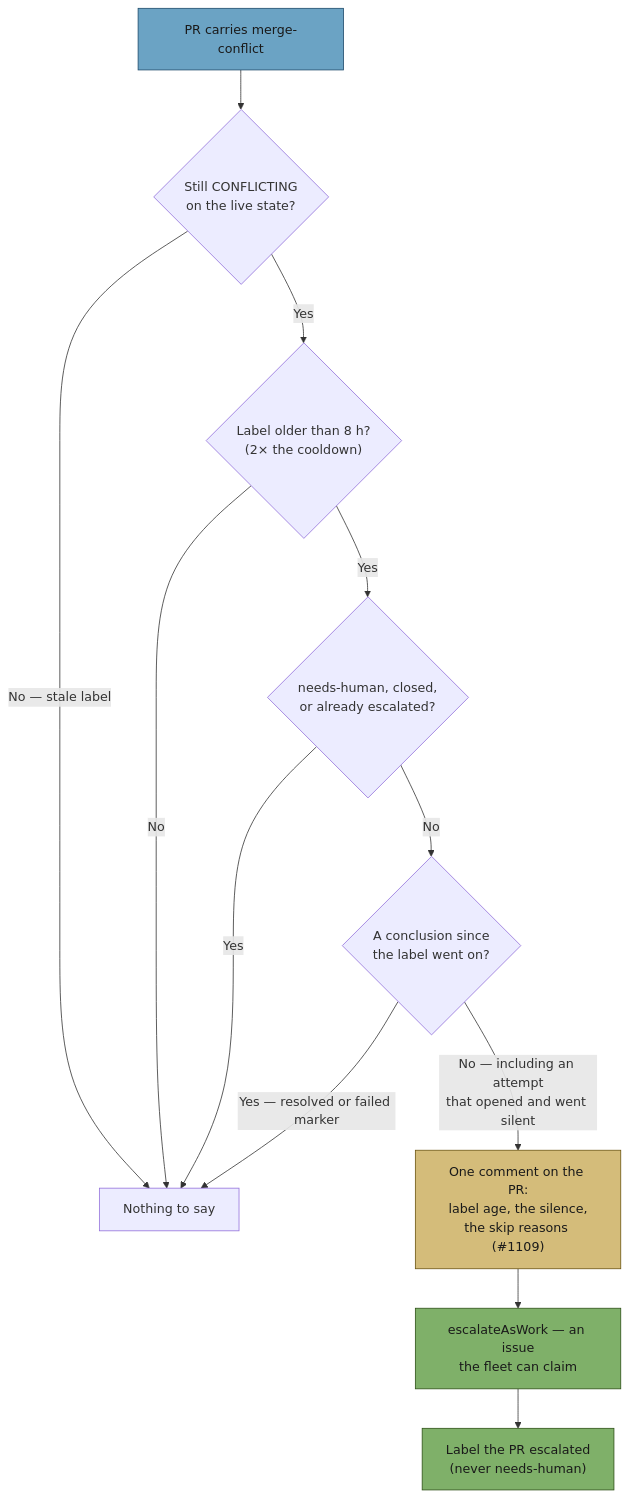
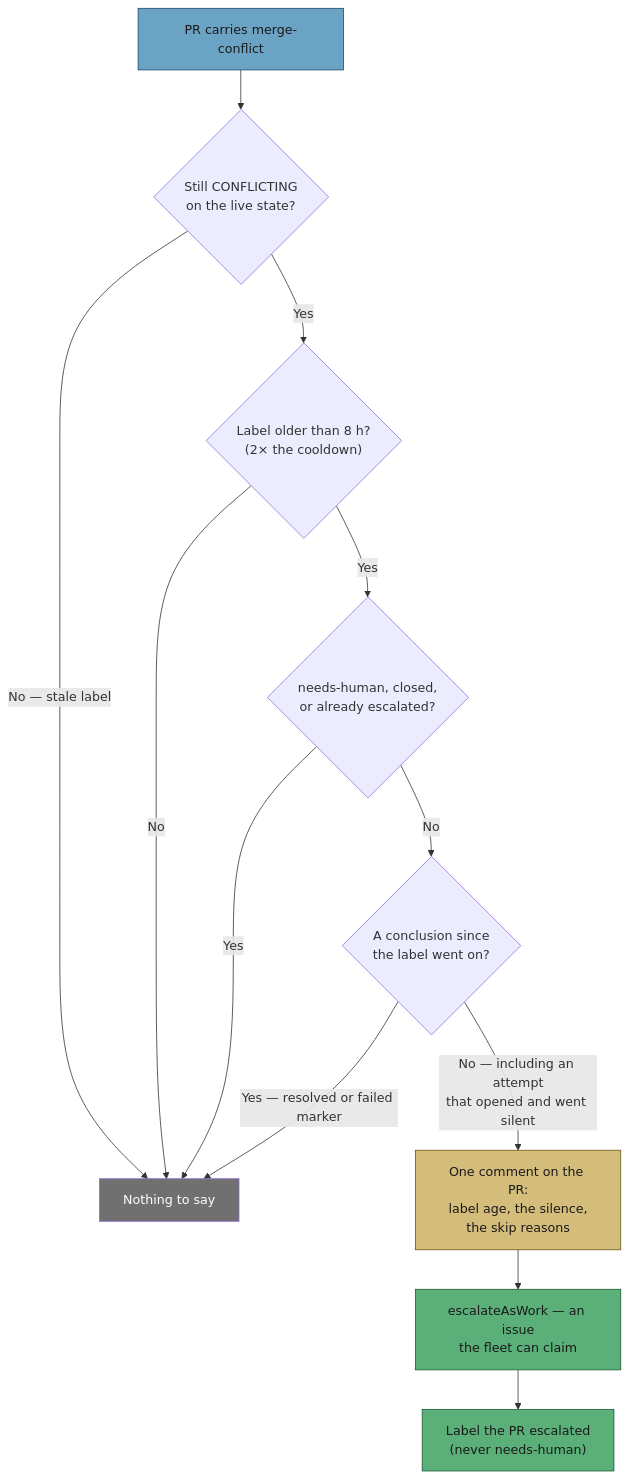
Before and after one commit to stSoftwareAU/VibeCoder: the second of 3 diagrams in docs/workflows/merge-conflicts.md, drawn with Mermaid. The commit also changed other lines of this file, not shown here.

````diff
--- a/docs/workflows/merge-conflicts.md
+++ b/docs/workflows/merge-conflicts.md
@@ -210,18 +209,19 @@
 ```mermaid
 flowchart TD
     A[PR carries merge-conflict] --> S{"Still CONFLICTING<br/>on the live state?"}
     S -->|"No — stale label"| Q[Nothing to say]
     S -->|Yes| B{"Label older than 8 h?<br/>(2× the cooldown)"}
     B -->|No| Q
     B -->|Yes| C{"needs-human, closed,<br/>or already escalated?"}
     C -->|Yes| Q
     C -->|No| D{"A conclusion since<br/>the label went on?"}
     D -->|"Yes — resolved or failed marker"| Q
-    D -->|"No — including an attempt<br/>that opened and went silent"| E["One comment on the PR:<br/>label age, the silence,<br/>the skip reasons (#1109)"]
+    D -->|"No — including an attempt<br/>that opened and went silent"| E["One comment on the PR:<br/>label age, the silence,<br/>the skip reasons"]
     E --> F["escalateAsWork — an issue<br/>the fleet can claim"]
     F --> G["Label the PR escalated<br/>(never needs-human)"]
     style A fill:#6ba3c4,stroke:#1d4a6a,color:#1a1a1a
     style E fill:#d4bc7a,stroke:#6b5510,color:#1a1a1a
-    style F fill:#7fb069,stroke:#2d5016,color:#1a1a1a
-    style G fill:#7fb069,stroke:#2d5016,color:#1a1a1a
+    style F fill:#5ab078,stroke:#1d5a35,color:#1a1a1a
+    style G fill:#5ab078,stroke:#1d5a35,color:#1a1a1a
+    style Q fill:#707070,stroke:,color:#fff
 ```
````
